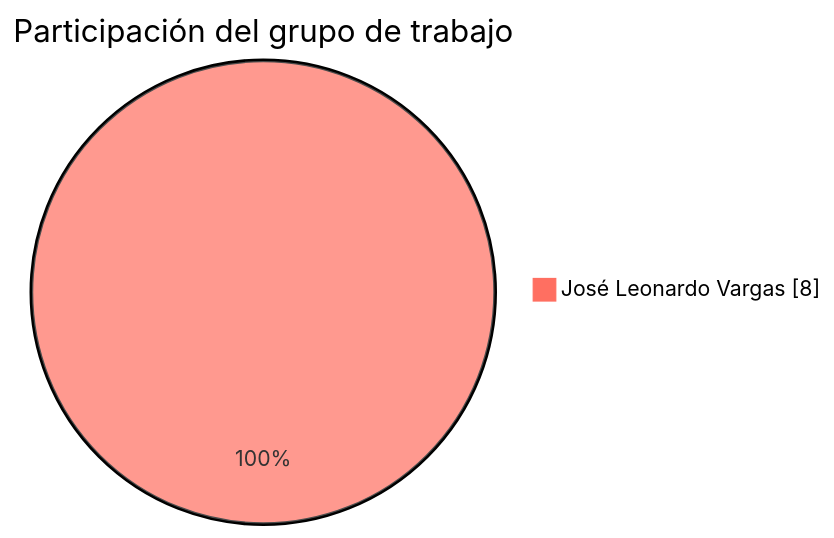
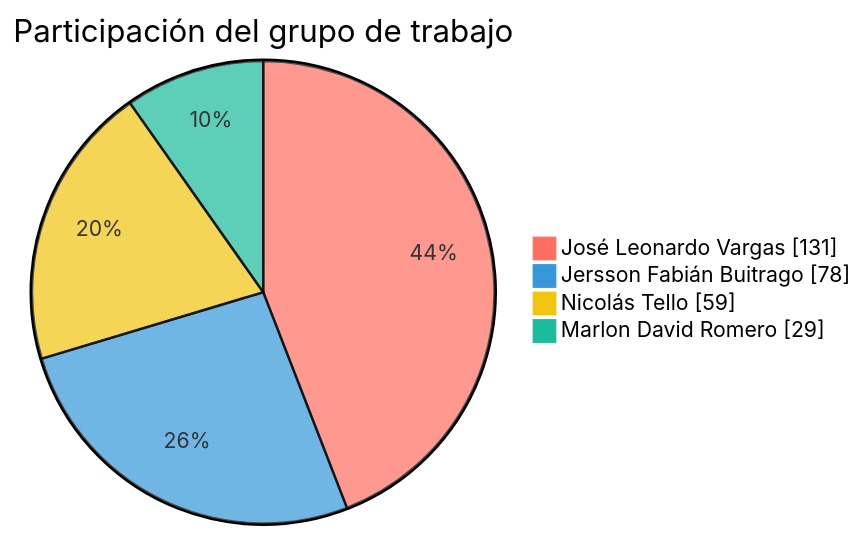
One commit to FarmaExpres/FarmaExpres changed the first of 2 diagrams in README.md. Above: the diagram before and after it, drawn with Mermaid. The commit also changed other lines of this file and 1 other file, not shown here.

````diff
--- a/README.md
+++ b/README.md
@@ -386,6 +389,9 @@
 ```mermaid
-%%{init: {"themeVariables": {"pie1": "#ff6f61", "pieLabelColor": "#000000", "pieLabelFontSize": "24px", "pieLabelFontWeight": "700"}}}%%
+%%{init: {"themeVariables": {"pie1": "#ff6f61", "pie2": "#3498db", "pie3": "#f1c40f", "pie4": "#1abc9c", "pieLabelColor": "#000000", "pieLabelFontSize": "24px", "pieLabelFontWeight": "700"}}}%%
 pie showData
     title Participación del grupo de trabajo
-    "José Leonardo Vargas" : 8
+    "José Leonardo Vargas" : 131
+    "Jersson Fabián Buitrago" : 78
+    "Nicolás Tello" : 59
+    "Marlon David Romero" : 29
 ```
````
